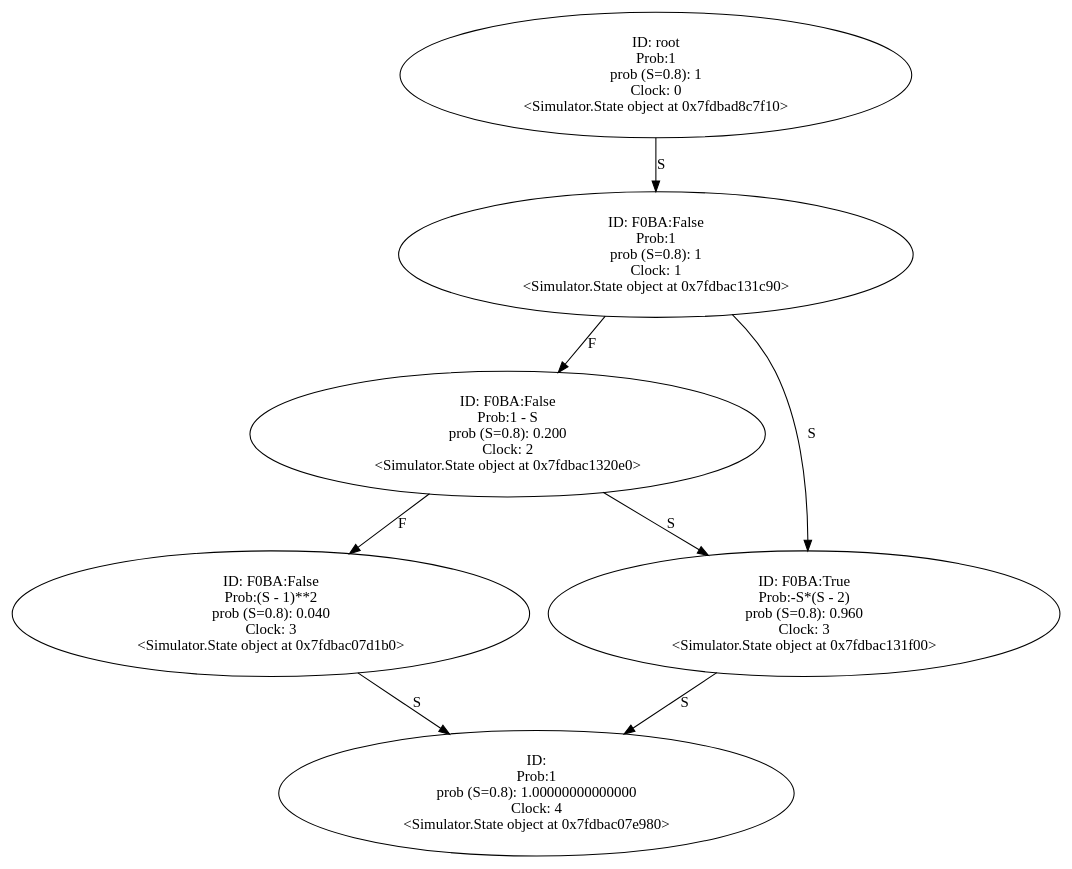
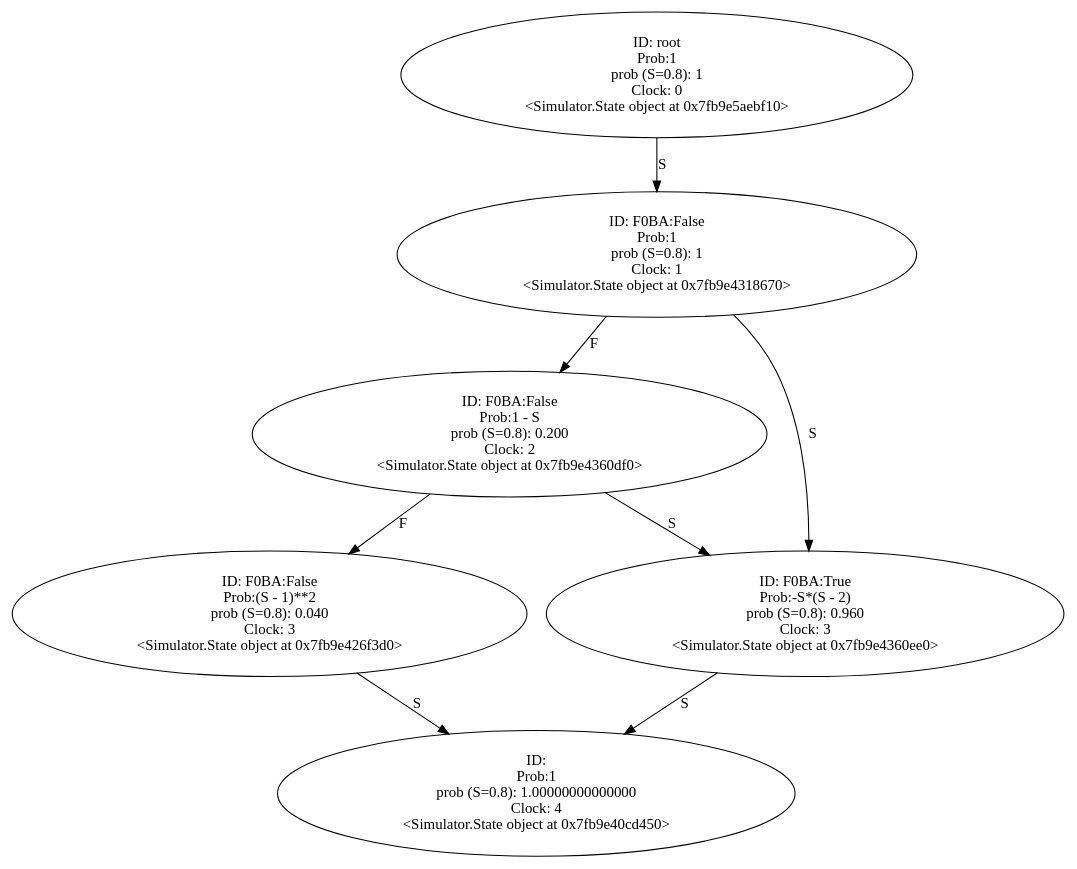
Before and after one commit to YasinBoloorchi/WARP-Simulator: the diagram in Output/half_condition.wrp.gv, drawn with Graphviz. The commit also changed 4 other files, not shown here.

```diff
--- a/Output/half_condition.wrp.gv
+++ b/Output/half_condition.wrp.gv
@@ -1,39 +1,39 @@
 digraph "./Output/half_condition.wrp" {
-	<Simulator.State object at 0x7fdbad8c7f10> [label="ID: root
+	<Simulator.State object at 0x7fb9e5aebf10> [label="ID: root
 Prob:1
 prob (S=0.8): 1
 Clock: 0
-<Simulator.State object at 0x7fdbad8c7f10>"]
-	<Simulator.State object at 0x7fdbad8c7f10> -> <Simulator.State object at 0x7fdbac131c90> [label=S]
-	<Simulator.State object at 0x7fdbac131c90> [label="ID: F0BA:False
+<Simulator.State object at 0x7fb9e5aebf10>"]
+	<Simulator.State object at 0x7fb9e5aebf10> -> <Simulator.State object at 0x7fb9e4318670> [label=S]
+	<Simulator.State object at 0x7fb9e4318670> [label="ID: F0BA:False
 Prob:1
 prob (S=0.8): 1
 Clock: 1
-<Simulator.State object at 0x7fdbac131c90>"]
-	<Simulator.State object at 0x7fdbac131c90> -> <Simulator.State object at 0x7fdbac1320e0> [label=F]
-	<Simulator.State object at 0x7fdbac131c90> -> <Simulator.State object at 0x7fdbac131f00> [label=S]
-	<Simulator.State object at 0x7fdbac1320e0> [label="ID: F0BA:False
+<Simulator.State object at 0x7fb9e4318670>"]
+	<Simulator.State object at 0x7fb9e4318670> -> <Simulator.State object at 0x7fb9e4360df0> [label=F]
+	<Simulator.State object at 0x7fb9e4318670> -> <Simulator.State object at 0x7fb9e4360ee0> [label=S]
+	<Simulator.State object at 0x7fb9e4360df0> [label="ID: F0BA:False
 Prob:1 - S
 prob (S=0.8): 0.200
 Clock: 2
-<Simulator.State object at 0x7fdbac1320e0>"]
-	<Simulator.State object at 0x7fdbac1320e0> -> <Simulator.State object at 0x7fdbac07d1b0> [label=F]
-	<Simulator.State object at 0x7fdbac1320e0> -> <Simulator.State object at 0x7fdbac131f00> [label=S]
-	<Simulator.State object at 0x7fdbac131f00> [label="ID: F0BA:True
+<Simulator.State object at 0x7fb9e4360df0>"]
+	<Simulator.State object at 0x7fb9e4360df0> -> <Simulator.State object at 0x7fb9e426f3d0> [label=F]
+	<Simulator.State object at 0x7fb9e4360df0> -> <Simulator.State object at 0x7fb9e4360ee0> [label=S]
+	<Simulator.State object at 0x7fb9e4360ee0> [label="ID: F0BA:True
 Prob:-S*(S - 2)
 prob (S=0.8): 0.960
 Clock: 3
-<Simulator.State object at 0x7fdbac131f00>"]
-	<Simulator.State object at 0x7fdbac131f00> -> <Simulator.State object at 0x7fdbac07e980> [label=S]
-	<Simulator.State object at 0x7fdbac07d1b0> [label="ID: F0BA:False
+<Simulator.State object at 0x7fb9e4360ee0>"]
+	<Simulator.State object at 0x7fb9e4360ee0> -> <Simulator.State object at 0x7fb9e40cd450> [label=S]
+	<Simulator.State object at 0x7fb9e426f3d0> [label="ID: F0BA:False
 Prob:(S - 1)**2
 prob (S=0.8): 0.040
 Clock: 3
-<Simulator.State object at 0x7fdbac07d1b0>"]
-	<Simulator.State object at 0x7fdbac07d1b0> -> <Simulator.State object at 0x7fdbac07e980> [label=S]
-	<Simulator.State object at 0x7fdbac07e980> [label="ID: 
+<Simulator.State object at 0x7fb9e426f3d0>"]
+	<Simulator.State object at 0x7fb9e426f3d0> -> <Simulator.State object at 0x7fb9e40cd450> [label=S]
+	<Simulator.State object at 0x7fb9e40cd450> [label="ID: 
 Prob:1
 prob (S=0.8): 1.00000000000000
 Clock: 4
-<Simulator.State object at 0x7fdbac07e980>"]
+<Simulator.State object at 0x7fb9e40cd450>"]
 }
```
